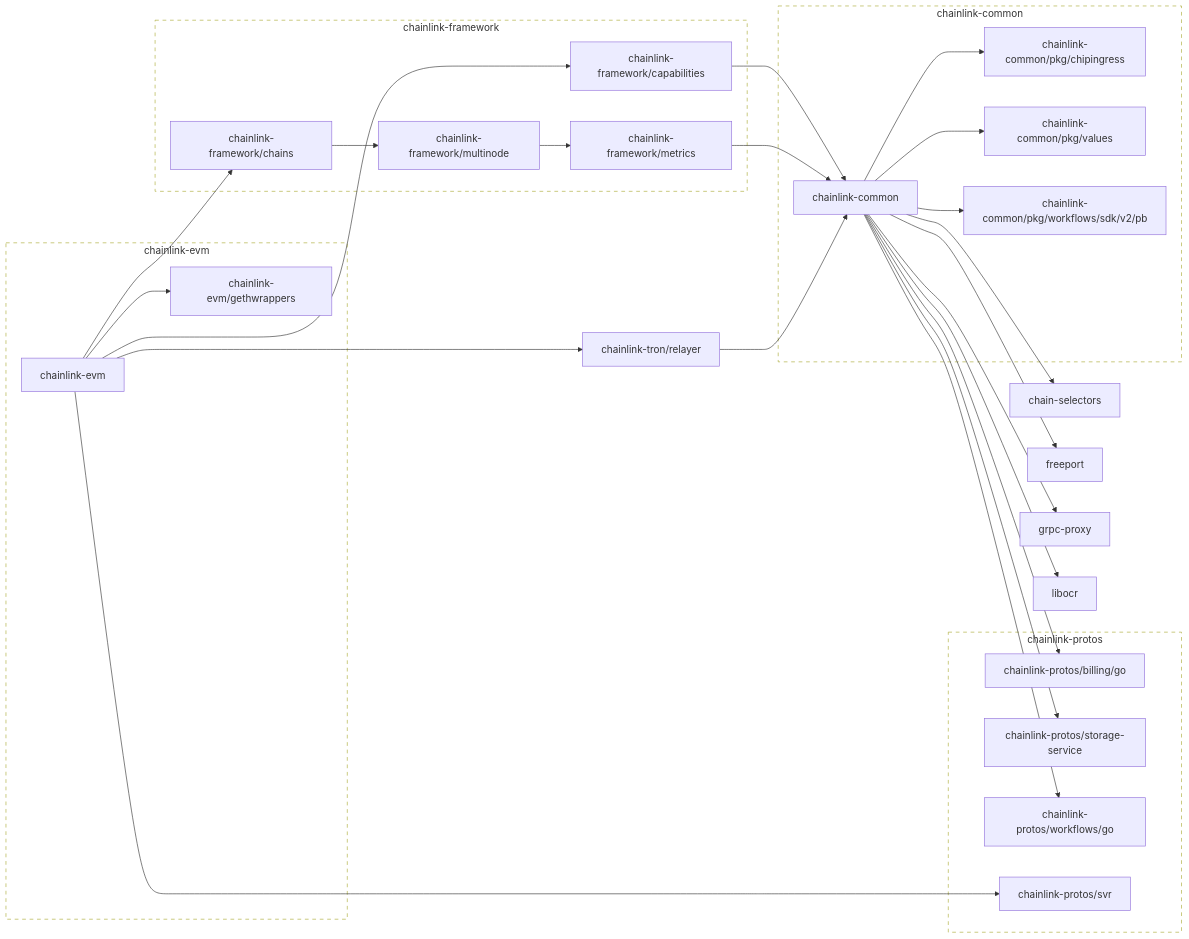
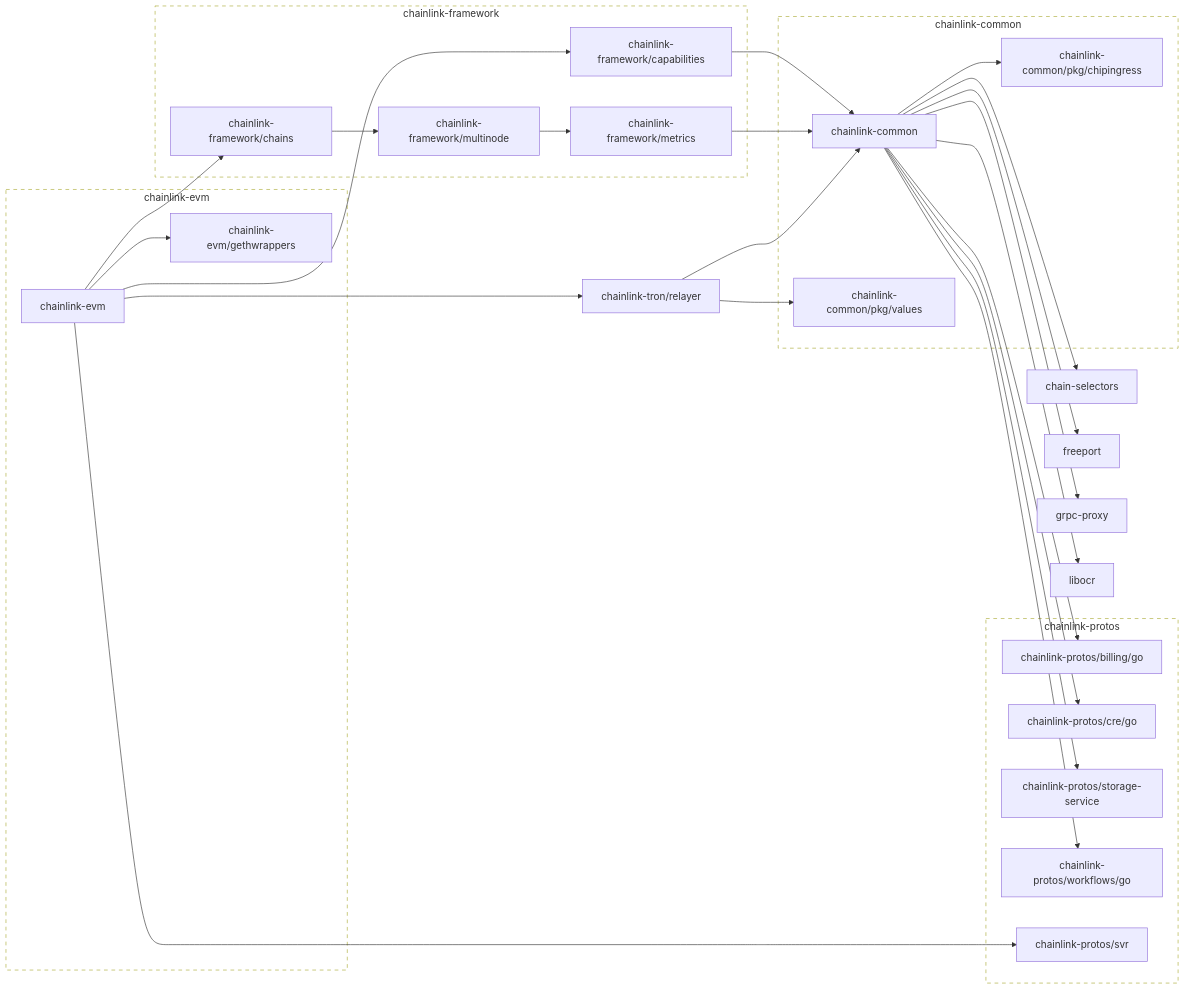
Before and after one commit to smartcontractkit/chainlink-evm: the diagram in go.md, drawn with Mermaid.

Commit message:
make modgraph

```diff
--- a/go.md
+++ b/go.md
@@ -6,9 +6,8 @@
 	click chain-selectors href "https://github.com/smartcontractkit/chain-selectors"
 	chainlink-common --> chain-selectors
 	chainlink-common --> chainlink-common/pkg/chipingress
-	chainlink-common --> chainlink-common/pkg/values
-	chainlink-common --> chainlink-common/pkg/workflows/sdk/v2/pb
 	chainlink-common --> chainlink-protos/billing/go
+	chainlink-common --> chainlink-protos/cre/go
 	chainlink-common --> chainlink-protos/storage-service
 	chainlink-common --> chainlink-protos/workflows/go
 	chainlink-common --> freeport
@@ -19,8 +18,6 @@
 	click chainlink-common/pkg/chipingress href "https://github.com/smartcontractkit/chainlink-common"
 	chainlink-common/pkg/values
 	click chainlink-common/pkg/values href "https://github.com/smartcontractkit/chainlink-common"
-	chainlink-common/pkg/workflows/sdk/v2/pb
-	click chainlink-common/pkg/workflows/sdk/v2/pb href "https://github.com/smartcontractkit/chainlink-common"
 	chainlink-evm --> chainlink-evm/gethwrappers
 	chainlink-evm --> chainlink-framework/capabilities
 	chainlink-evm --> chainlink-framework/chains
@@ -39,6 +36,8 @@
 	click chainlink-framework/multinode href "https://github.com/smartcontractkit/chainlink-framework"
 	chainlink-protos/billing/go
 	click chainlink-protos/billing/go href "https://github.com/smartcontractkit/chainlink-protos"
+	chainlink-protos/cre/go
+	click chainlink-protos/cre/go href "https://github.com/smartcontractkit/chainlink-protos"
 	chainlink-protos/storage-service
 	click chainlink-protos/storage-service href "https://github.com/smartcontractkit/chainlink-protos"
 	chainlink-protos/svr
@@ -46,6 +45,7 @@
 	chainlink-protos/workflows/go
 	click chainlink-protos/workflows/go href "https://github.com/smartcontractkit/chainlink-protos"
 	chainlink-tron/relayer --> chainlink-common
+	chainlink-tron/relayer --> chainlink-common/pkg/values
 	click chainlink-tron/relayer href "https://github.com/smartcontractkit/chainlink-tron"
 	freeport
 	click freeport href "https://github.com/smartcontractkit/freeport"
@@ -58,7 +58,6 @@
 		 chainlink-common
 		 chainlink-common/pkg/chipingress
 		 chainlink-common/pkg/values
-		 chainlink-common/pkg/workflows/sdk/v2/pb
 	end
 	click chainlink-common-repo href "https://github.com/smartcontractkit/chainlink-common"
 
@@ -78,6 +77,7 @@
 
 	subgraph chainlink-protos-repo[chainlink-protos]
 		 chainlink-protos/billing/go
+		 chainlink-protos/cre/go
 		 chainlink-protos/storage-service
 		 chainlink-protos/svr
 		 chainlink-protos/workflows/go
```
